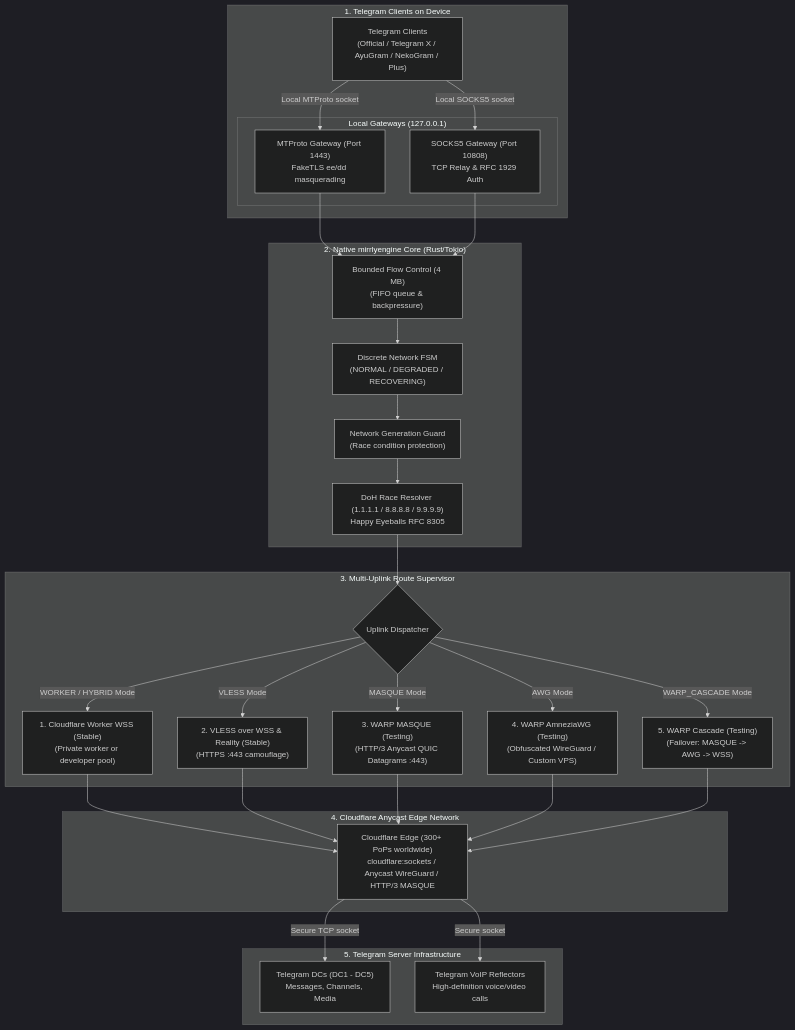
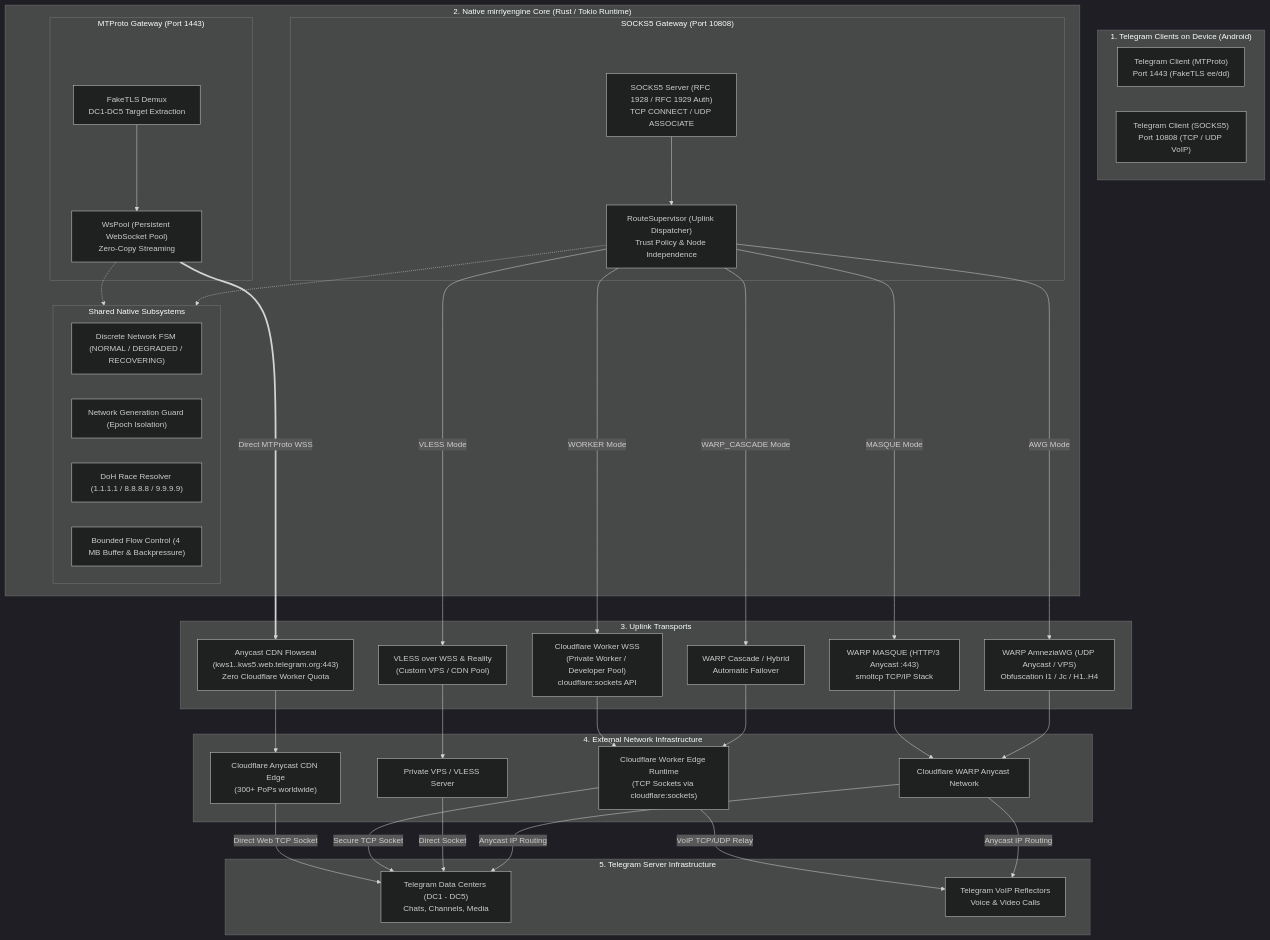
One commit to joycecurcirt539-dot/Mirrly-TG-Proxy changed the diagram in README_EN.md. Above: the diagram before and after it, drawn with Mermaid (dark theme). The commit also changed other lines of this file and 1 other file, not shown here.

Commit message:
docs: align architecture with true dual-pipeline engine and realistic Mermaid diagram

````diff
--- a/README_EN.md
+++ b/README_EN.md
@@ -238,62 +218,73 @@
 ```mermaid
 flowchart TD
-    subgraph ClientLayer ["1. Telegram Clients on Device"]
-        TGApp["Telegram Clients<br/>(Official / Telegram X / AyuGram / NekoGram / Plus)"]
+    subgraph ClientLayer ["1. Telegram Clients on Device (Android)"]
+        TG_MTProto["Telegram Client (MTProto)<br/>Port 1443 (FakeTLS ee/dd)"]
+        TG_SOCKS5["Telegram Client (SOCKS5)<br/>Port 10808 (TCP / UDP VoIP)"]
+    end
 
-        subgraph LocalGateways ["Local Gateways (127.0.0.1)"]
-            MtprotoGate["MTProto Gateway (Port 1443)<br/>FakeTLS ee/dd masquerading"]
-            SocksGate["SOCKS5 Gateway (Port 10808)<br/>TCP Relay & RFC 1929 Auth"]
+    subgraph NativeCore ["2. Native mirrlyengine Core (Rust / Tokio Runtime)"]
+        subgraph GatewayMTProto ["MTProto Gateway (Port 1443)"]
+            FakeTLS["FakeTLS Demux<br/>DC1-DC5 Target Extraction"]
+            WsPool["WsPool (Persistent WebSocket Pool)<br/>Zero-Copy Streaming"]
+            FakeTLS --> WsPool
         end
 
-        TGApp -->|Local MTProto socket| MtprotoGate
-        TGApp -->|Local SOCKS5 socket| SocksGate
+        subgraph GatewaySocks ["SOCKS5 Gateway (Port 10808)"]
+            SocksAuth["SOCKS5 Server (RFC 1928 / RFC 1929 Auth)<br/>TCP CONNECT / UDP ASSOCIATE"]
+            Supervisor["RouteSupervisor (Uplink Dispatcher)<br/>Trust Policy & Node Independence"]
+            SocksAuth --> Supervisor
+        end
+
+        subgraph SharedSubsystems ["Shared Native Subsystems"]
+            FSM["Discrete Network FSM (NORMAL / DEGRADED / RECOVERING)"]
+            GenGuard["Network Generation Guard (Epoch Isolation)"]
+            DoH["DoH Race Resolver (1.1.1.1 / 8.8.8.8 / 9.9.9.9)"]
+            FlowCtrl["Bounded Flow Control (4 MB Buffer & Backpressure)"]
+        end
+
+        WsPool -.-> SharedSubsystems
+        Supervisor -.-> SharedSubsystems
     end
 
-    subgraph NativeCore ["2. Native mirrlyengine Core (Rust/Tokio)"]
-        FSM["Discrete Network FSM<br/>(NORMAL / DEGRADED / RECOVERING)"]
-        GenGuard["Network Generation Guard<br/>(Race condition protection)"]
-        FlowCtrl["Bounded Flow Control (4 MB)<br/>(FIFO queue & backpressure)"]
-        DoH["DoH Race Resolver (1.1.1.1 / 8.8.8.8 / 9.9.9.9)<br/>Happy Eyeballs RFC 8305"]
+    subgraph Uplinks ["3. Uplink Transports"]
+        Uplink_Anycast_Direct["Anycast CDN Flowseal<br/>(kws1..kws5.web.telegram.org:443)<br/>Zero Cloudflare Worker Quota"]
+        Uplink_Worker["Cloudflare Worker WSS<br/>(Private Worker / Developer Pool)<br/>cloudflare:sockets API"]
+        Uplink_Vless["VLESS over WSS & Reality<br/>(Custom VPS / CDN Pool)"]
+        Uplink_Masque["WARP MASQUE (HTTP/3 Anycast :443)<br/>smoltcp TCP/IP Stack"]
+        Uplink_Awg["WARP AmneziaWG (UDP Anycast / VPS)<br/>Obfuscation I1 / Jc / H1..H4"]
+        Uplink_Cascade["WARP Cascade / Hybrid<br/>Automatic Failover"]
 
-        MtprotoGate --> FlowCtrl
-        SocksGate --> FlowCtrl
-        FlowCtrl --> FSM
-        FSM --> GenGuard
-        GenGuard --> DoH
+        WsPool ===>|Direct MTProto WSS| Uplink_Anycast_Direct
+        Supervisor -->|WORKER Mode| Uplink_Worker
+        Supervisor -->|VLESS Mode| Uplink_Vless
+        Supervisor -->|MASQUE Mode| Uplink_Masque
+        Supervisor -->|AWG Mode| Uplink_Awg
+        Supervisor -->|WARP_CASCADE Mode| Uplink_Cascade
     end
 
-    subgraph SupervisorLayer ["3. Multi-Uplink Route Supervisor"]
-        Router{"Uplink Dispatcher"}
-        DoH --> Router
+    subgraph Infrastructure ["4. External Network Infrastructure"]
+        CF_CDN["Cloudflare Anycast CDN Edge<br/>(300+ PoPs worldwide)"]
+        CF_Worker_Runtime["Cloudflare Worker Edge Runtime<br/>(TCP Sockets via cloudflare:sockets)"]
+        Private_VPS["Private VPS / VLESS Server"]
+        WARP_Anycast["Cloudflare WARP Anycast Network"]
 
-        UplinkWorker["1. Cloudflare Worker WSS (Stable)<br/>(Private worker or developer pool)"]
-        UplinkVless["2. VLESS over WSS & Reality (Stable)<br/>(HTTPS :443 camouflage)"]
-        UplinkMasque["3. WARP MASQUE (Testing)<br/>(HTTP/3 Anycast QUIC Datagrams :443)"]
-        UplinkAwg["4. WARP AmneziaWG (Testing)<br/>(Obfuscated WireGuard / Custom VPS)"]
-        UplinkCascade["5. WARP Cascade (Testing)<br/>(Failover: MASQUE -> AWG -> WSS)"]
-
-        Router -->|WORKER / HYBRID Mode| UplinkWorker
-        Router -->|VLESS Mode| UplinkVless
-        Router -->|MASQUE Mode| UplinkMasque
-        Router -->|AWG Mode| UplinkAwg
-        Router -->|WARP_CASCADE Mode| UplinkCascade
+        Uplink_Anycast_Direct --> CF_CDN
+        Uplink_Worker --> CF_Worker_Runtime
+        Uplink_Vless --> Private_VPS
+        Uplink_Masque --> WARP_Anycast
+        Uplink_Awg --> WARP_Anycast
+        Uplink_Cascade --> CF_Worker_Runtime
     end
 
-    subgraph CloudflareNetwork ["4. Cloudflare Anycast Edge Network"]
-        CFEdge["Cloudflare Edge (300+ PoPs worldwide)<br/>cloudflare:sockets / Anycast WireGuard / HTTP/3 MASQUE"]
+    subgraph TelegramCloud ["5. Telegram Server Infrastructure"]
+        TG_DC["Telegram Data Centers (DC1 - DC5)<br/>Chats, Channels, Media"]
+        TG_VoIP["Telegram VoIP Reflectors<br/>Voice & Video Calls"]
 
-        UplinkWorker --> CFEdge
-        UplinkVless --> CFEdge
-        UplinkMasque --> CFEdge
-        UplinkAwg --> CFEdge
-        UplinkCascade --> CFEdge
-    end
-
-    subgraph TelegramServers ["5. Telegram Server Infrastructure"]
-        TGDC["Telegram DCs (DC1 - DC5)<br/>Messages, Channels, Media"]
-        TGVoIP["Telegram VoIP Reflectors<br/>High-definition voice/video calls"]
-
-        CFEdge -->|Secure TCP socket| TGDC
-        CFEdge -->|Secure socket| TGVoIP
+        CF_CDN -->|Direct Web TCP Socket| TG_DC
+        CF_Worker_Runtime -->|Secure TCP Socket| TG_DC
+        CF_Worker_Runtime -->|VoIP TCP/UDP Relay| TG_VoIP
+        Private_VPS -->|Direct Socket| TG_DC
+        WARP_Anycast -->|Anycast IP Routing| TG_DC
+        WARP_Anycast -->|Anycast IP Routing| TG_VoIP
     end
 ```
````
